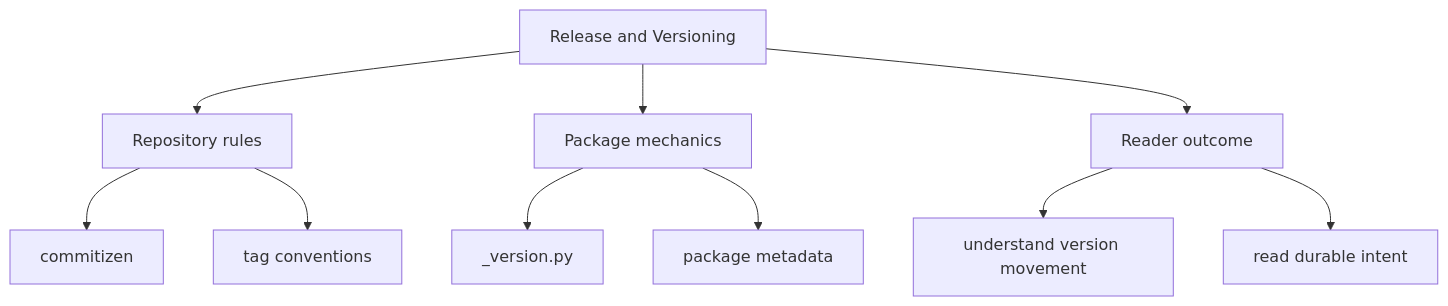
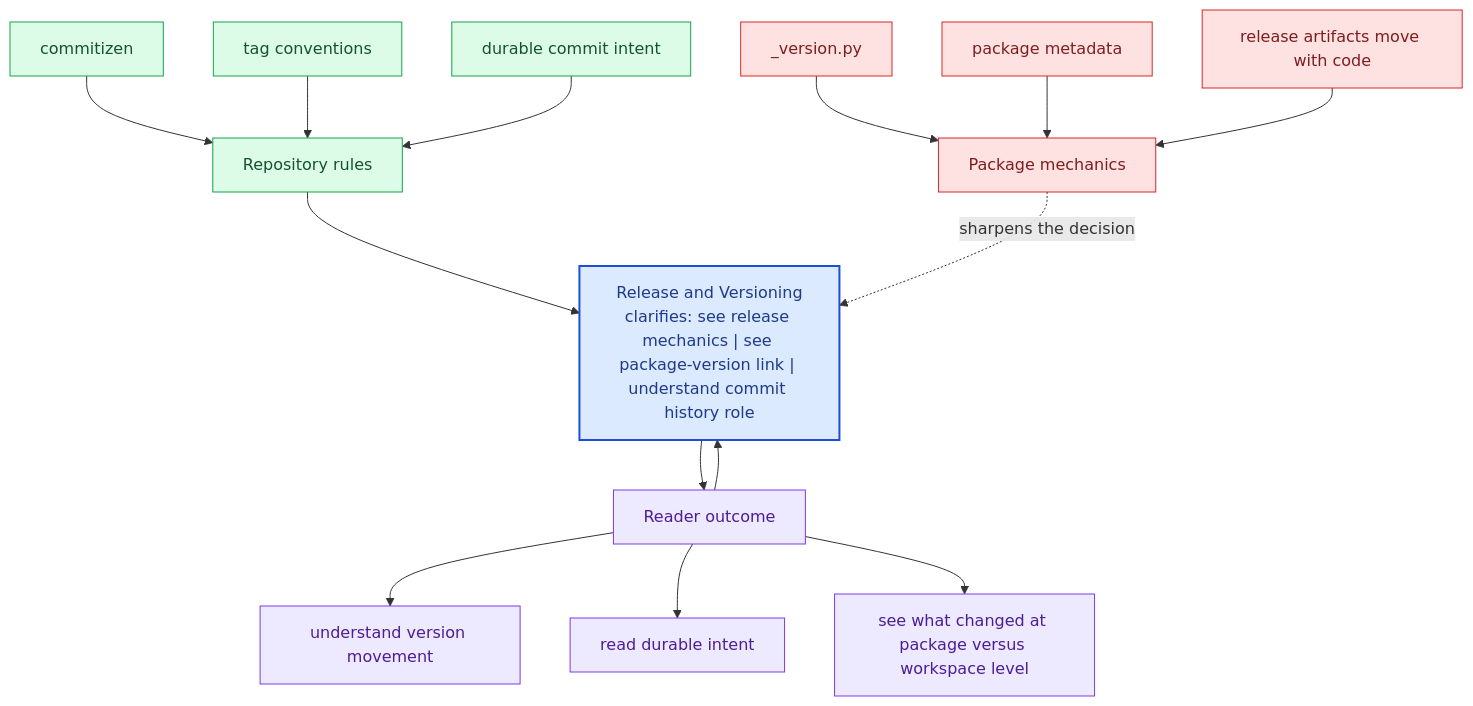
Before and after one commit to bijux/bijux-canon: the second of 2 diagrams in docs/bijux-canon/release-and-versioning.md, drawn with Mermaid. The commit also changed other lines of this file and 281 other files, not shown here.

Commit message:
docs(diagrams): deepen handbook mermaid maps across the catalog

````diff
--- a/docs/bijux-canon/release-and-versioning.md
+++ b/docs/bijux-canon/release-and-versioning.md
@@ -36,22 +69,40 @@
 ```mermaid
-flowchart TD
-    page["Release and Versioning"]
+flowchart TB
+    promise["Release and Versioning<br/>clarifies: see release mechanics | see package-version link | understand commit history role"]
+    classDef promise fill:#dbeafe,stroke:#1d4ed8,color:#1e3a8a,stroke-width:2px;
+    classDef driver fill:#dcfce7,stroke:#16a34a,color:#14532d;
+    classDef constraint fill:#fee2e2,stroke:#dc2626,color:#7f1d1d;
+    classDef ground fill:#ede9fe,stroke:#7c3aed,color:#4c1d95;
     focus1["Repository rules"]
-    page --> focus1
+    focus1 --> promise
     focus1_1["commitizen"]
-    focus1 --> focus1_1
+    focus1_1 --> focus1
     focus1_2["tag conventions"]
-    focus1 --> focus1_2
+    focus1_2 --> focus1
+    focus1_3["durable commit intent"]
+    focus1_3 --> focus1
+    class focus1 driver;
+    class focus1_1,focus1_2,focus1_3 driver;
     focus2["Package mechanics"]
-    page --> focus2
+    focus2 -.sharpens the decision.-> promise
     focus2_1["_version.py"]
-    focus2 --> focus2_1
+    focus2_1 --> focus2
     focus2_2["package metadata"]
-    focus2 --> focus2_2
+    focus2_2 --> focus2
+    focus2_3["release artifacts move with code"]
+    focus2_3 --> focus2
+    class focus2 constraint;
+    class focus2_1,focus2_2,focus2_3 constraint;
     focus3["Reader outcome"]
-    page --> focus3
+    focus3 --> promise
+    promise --> focus3
     focus3_1["understand version movement"]
     focus3 --> focus3_1
     focus3_2["read durable intent"]
     focus3 --> focus3_2
+    focus3_3["see what changed at package versus workspace level"]
+    focus3 --> focus3_3
+    class focus3 ground;
+    class focus3_1,focus3_2,focus3_3 ground;
+    class promise promise;
 ```
````
